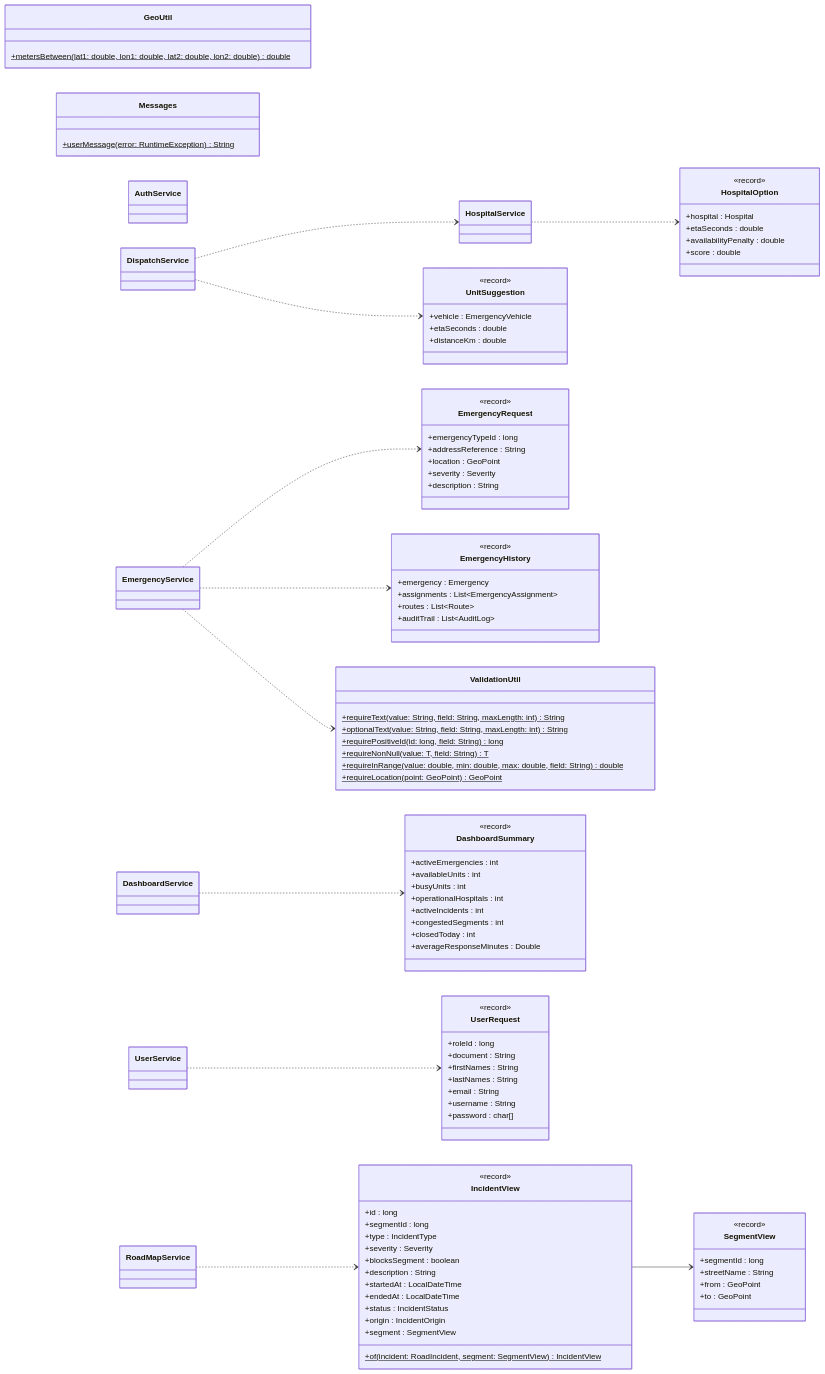
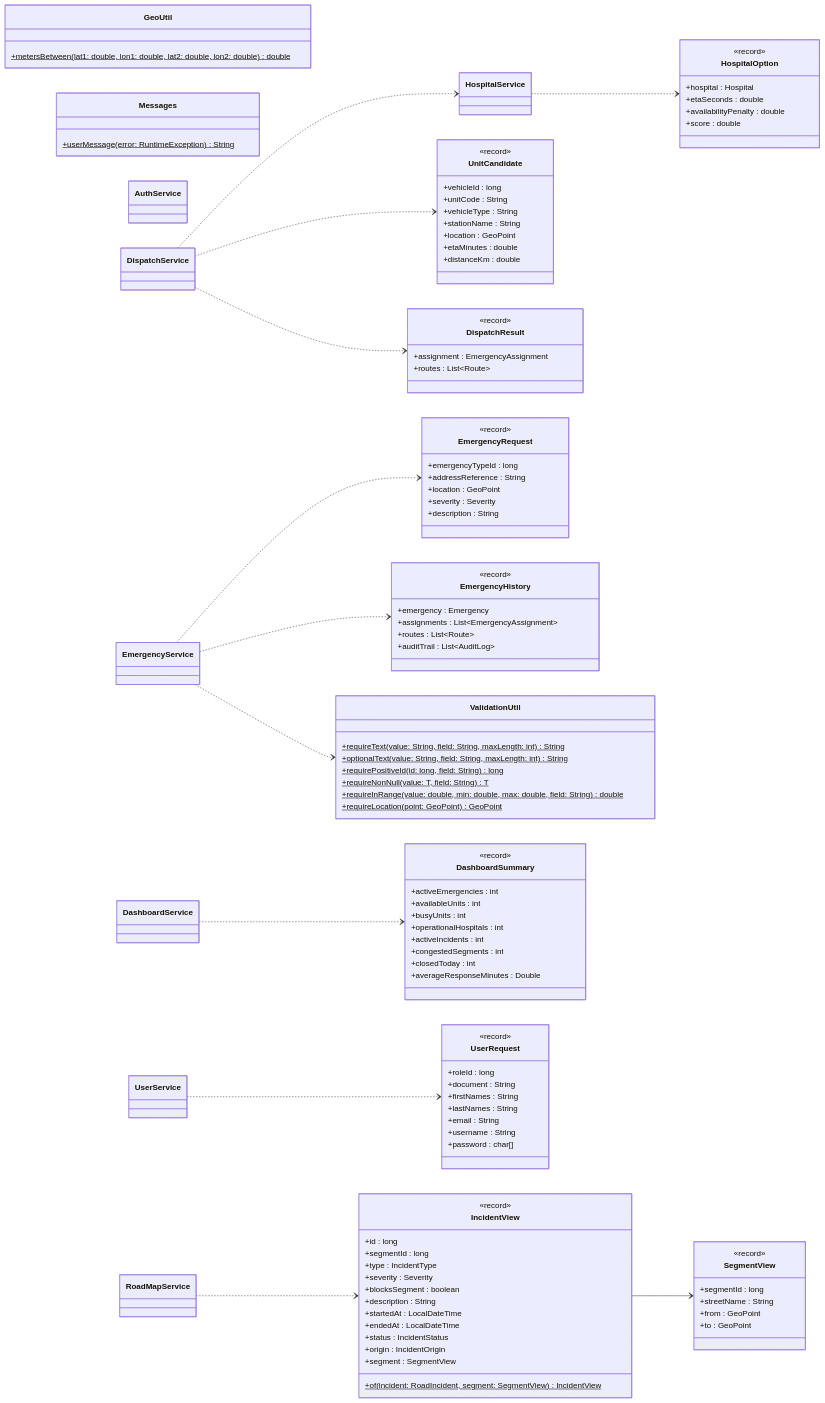
One commit to afzabaleta/RutaVida changed diagram 16 of 24 in docs/class-diagram.md. Above: the diagram before and after it, drawn with Mermaid. The commit also changed 10 other files, not shown here.

```diff
--- a/docs/class-diagram.md
+++ b/docs/class-diagram.md
@@ -1154,11 +1154,20 @@
         +severity : Severity
         +description : String
     }
-    class UnitSuggestion {
+    class UnitCandidate {
         <<record>>
-        +vehicle : EmergencyVehicle
-        +etaSeconds : double
+        +vehicleId : long
+        +unitCode : String
+        +vehicleType : String
+        +stationName : String
+        +location : GeoPoint
+        +etaMinutes : double
         +distanceKm : double
+    }
+    class DispatchResult {
+        <<record>>
+        +assignment : EmergencyAssignment
+        +routes : List~Route~
     }
     class HospitalOption {
         <<record>>
@@ -1247,7 +1256,8 @@
     DispatchService ..> HospitalService
     EmergencyService ..> EmergencyRequest
     EmergencyService ..> EmergencyHistory
-    DispatchService ..> UnitSuggestion
+    DispatchService ..> UnitCandidate
+    DispatchService ..> DispatchResult
     HospitalService ..> HospitalOption
     DashboardService ..> DashboardSummary
     RoadMapService ..> IncidentView
```
